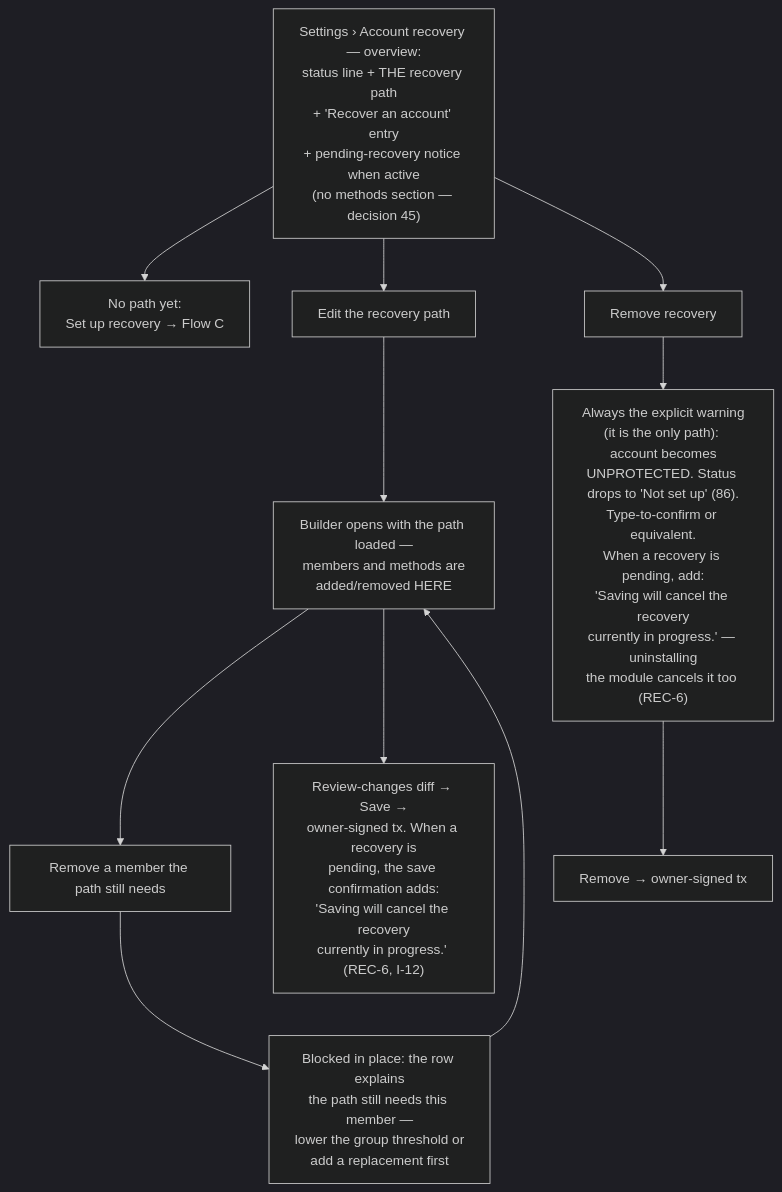
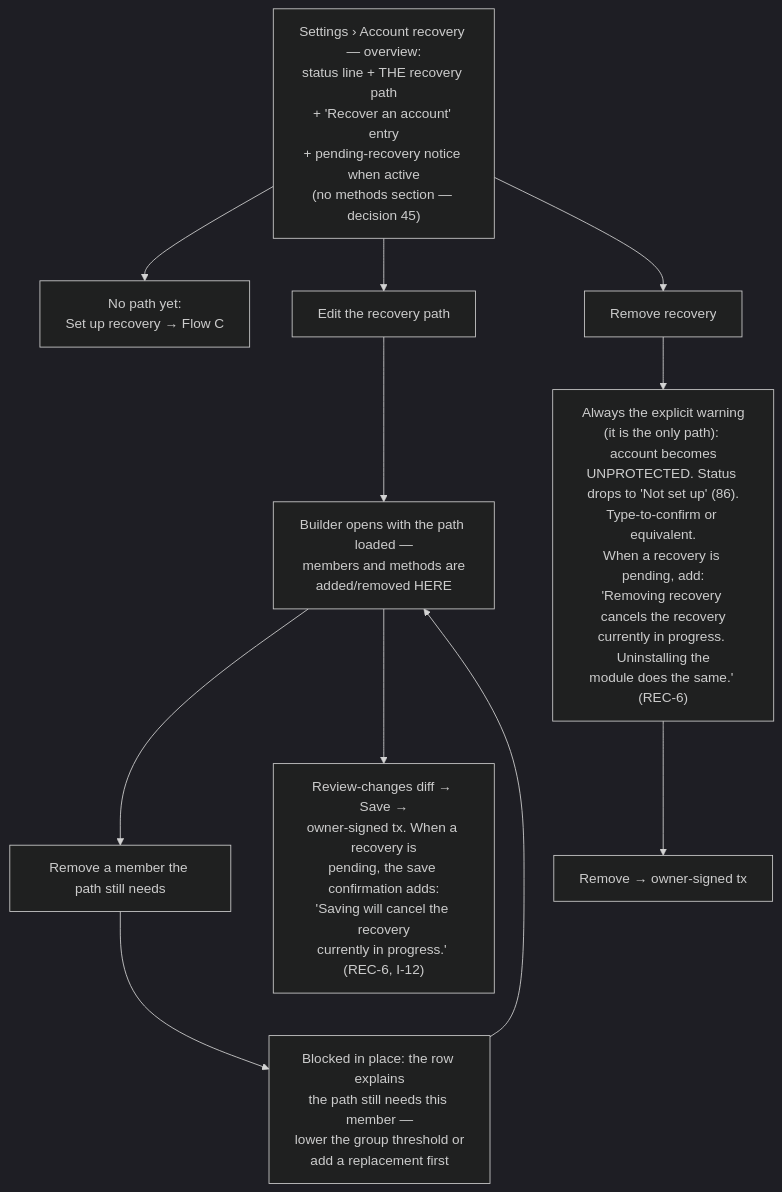
Diagram 12 of 12 in social-recovery-ux-flows.md (FiboAtWonder/kohaku-extension), drawn with Mermaid (dark theme) before and after one commit. The commit also changed other lines of this file and 4 other files, not shown here.

Commit message:
docs: fifth review round (titi, 32 threads) — decisions 99-102: Private default rename, 24h wallet floor, REC-29 removed, 1-1 stays; SDK v10, extension v6, kit-asks v3 (REC-42/43); histories moved to status

````diff
--- a/social-recovery-ux-flows.md
+++ b/social-recovery-ux-flows.md
@@ -455,18 +419,18 @@
 ```mermaid
 flowchart TD
     A["Settings › Account recovery — overview:<br/>status line + THE recovery path<br/>+ 'Recover an account' entry<br/>+ pending-recovery notice when active<br/>(no methods section — decision 45)"] --> B["No path yet:<br/>Set up recovery → Flow C"]
     A --> C[Edit the recovery path]
     A --> D[Remove recovery]
 
     C --> C1["Builder opens with the path loaded —<br/>members and methods are<br/>added/removed HERE"]
     C1 --> E["Remove a member the path still needs"]
     C1 --> C2["Review-changes diff → Save →<br/>owner-signed tx. When a recovery is<br/>pending, the save confirmation adds:<br/>'Saving will cancel the recovery<br/>currently in progress.' (REC-6, I-12)"]
 
-    D --> D2["Always the explicit warning<br/>(it is the only path): account becomes<br/>UNPROTECTED. Status drops to 'Not set up' (86).<br/>Type-to-confirm or equivalent.<br/>When a recovery is pending, add:<br/>'Saving will cancel the recovery<br/>currently in progress.' — uninstalling<br/>the module cancels it too (REC-6)"]
+    D --> D2["Always the explicit warning<br/>(it is the only path): account becomes<br/>UNPROTECTED. Status drops to 'Not set up' (86).<br/>Type-to-confirm or equivalent.<br/>When a recovery is pending, add:<br/>'Removing recovery cancels the recovery<br/>currently in progress. Uninstalling the<br/>module does the same.' (REC-6)"]
     D2 --> D4[Remove → owner-signed tx]
 
     E --> E2["Blocked in place: the row explains<br/>the path still needs this member —<br/>lower the group threshold or<br/>add a replacement first"]
     E2 --> C1
 
     click B href "#flow-c--recovery-setup"
 ```
````
